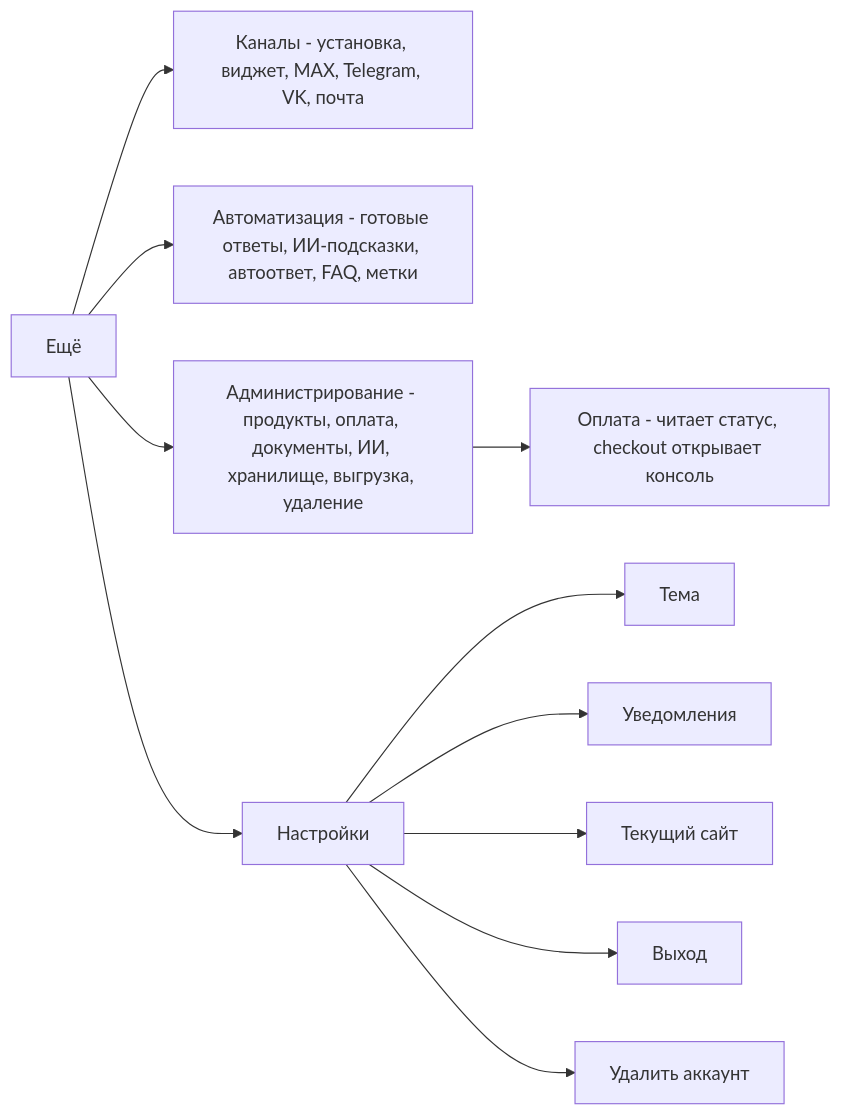
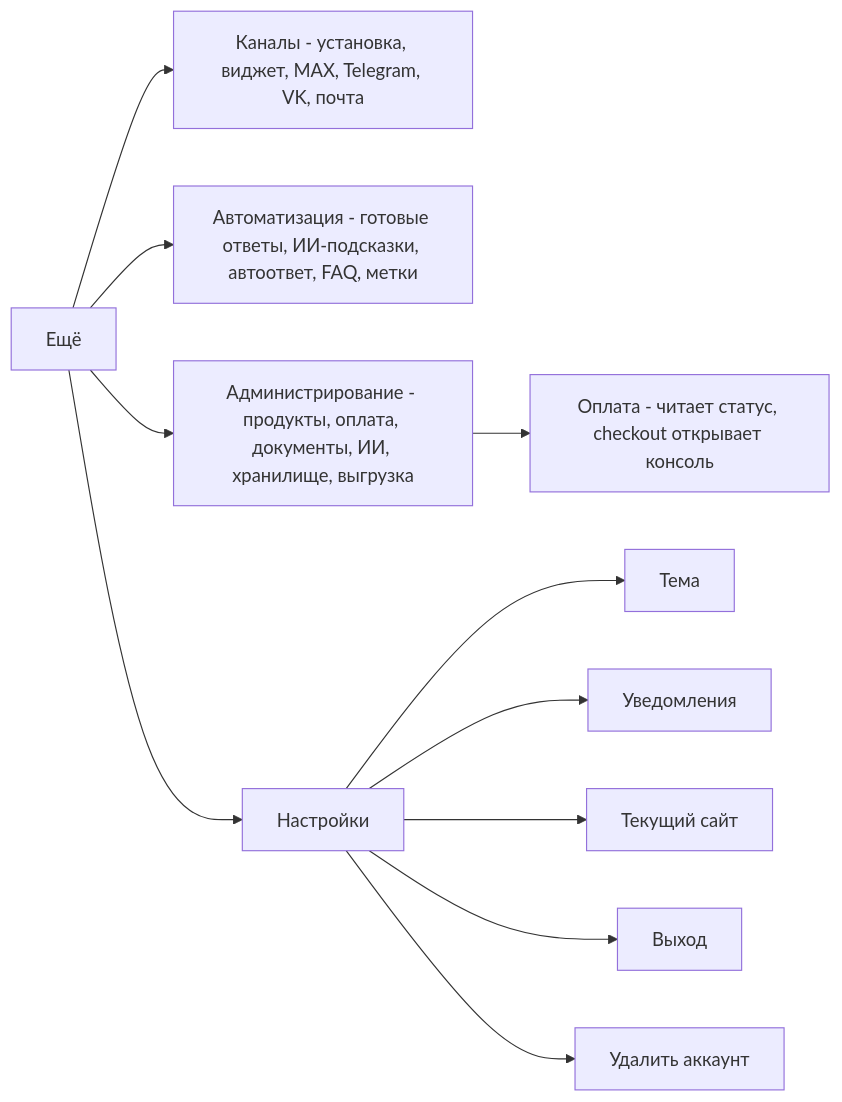
Before and after one commit to golyakoff/ago-android: the seventh of 7 diagrams in docs/navigation.md, drawn with Mermaid. The commit also changed other lines of this file and 4 other files, not shown here.

````diff
--- a/docs/navigation.md
+++ b/docs/navigation.md
@@ -151,13 +560,13 @@
 ```mermaid
 flowchart LR
-    More[Ещё] --> Ch["Каналы - установка, виджет, MAX, Telegram, VK, почта"]
+    More["Ещё"] --> Ch["Каналы - установка, виджет, MAX, Telegram, VK, почта"]
     More --> Au["Автоматизация - готовые ответы, ИИ-подсказки, автоответ, FAQ, метки"]
-    More --> Ad["Администрирование - продукты, оплата, документы, ИИ, хранилище, выгрузка, удаление"]
+    More --> Ad["Администрирование - продукты, оплата, документы, ИИ, хранилище, выгрузка"]
     More --> Set["Настройки"]
-    Set --> Theme[Тема]
-    Set --> Notif[Уведомления]
-    Set --> Site[Текущий сайт]
-    Set --> Out[Выход]
+    Set --> Theme["Тема"]
+    Set --> Notif["Уведомления"]
+    Set --> Site["Текущий сайт"]
+    Set --> Out["Выход"]
     Set --> Del["Удалить аккаунт"]
     Ad --> Bill["Оплата - читает статус, checkout открывает консоль"]
 ```
````
